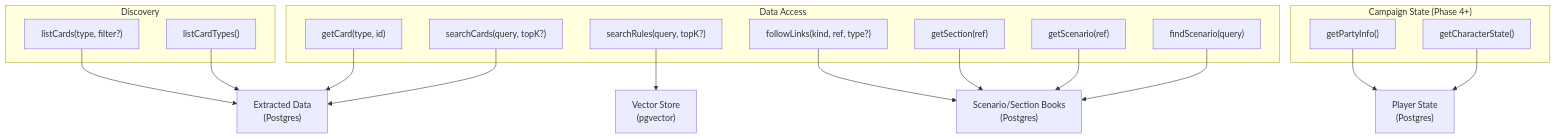
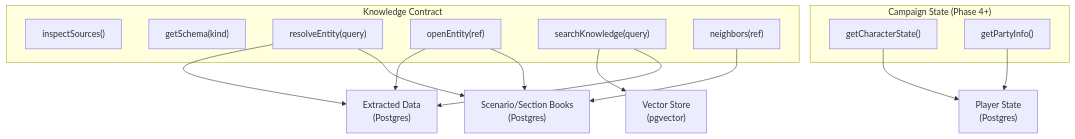
The second of 2 diagrams in docs/ARCHITECTURE.md (maz-org/squire), drawn with Mermaid before and after one commit. The commit also changed other lines of this file and 75 other files, not shown here.

````diff
--- a/docs/ARCHITECTURE.md
+++ b/docs/ARCHITECTURE.md
@@ -532,32 +513,25 @@
 ```mermaid
 graph TB
-    subgraph discovery["Discovery"]
-        lct["listCardTypes()"]
-        lc["listCards(type, filter?)"]
-    end
-    subgraph access["Data Access"]
-        gc["getCard(type, id)"]
-        sr["searchRules(query, topK?)"]
-        sc["searchCards(query, topK?)"]
-        fs["findScenario(query)"]
-        gs["getScenario(ref)"]
-        gsec["getSection(ref)"]
-        fl["followLinks(kind, ref, type?)"]
+    subgraph contract["Knowledge Contract"]
+        is["inspectSources()"]
+        sch["getSchema(kind)"]
+        re["resolveEntity(query)"]
+        oe["openEntity(ref)"]
+        sk["searchKnowledge(query)"]
+        nb["neighbors(ref)"]
     end
     subgraph campaign["Campaign State (Phase 4+)"]
         gcmp["getCharacterState()"]
         gpi["getPartyInfo()"]
     end
 
-    sr --> vs["Vector Store<br/>(pgvector)"]
-    sc --> ed["Extracted Data<br/>(Postgres)"]
-    gc --> ed
-    lct --> ed
-    lc --> ed
-    fs --> ssd["Scenario/Section Books<br/>(Postgres)"]
-    gs --> ssd
-    gsec --> ssd
-    fl --> ssd
+    sk --> vs["Vector Store<br/>(pgvector)"]
+    sk --> ed["Extracted Data<br/>(Postgres)"]
+    oe --> ed
+    oe --> ssd["Scenario/Section Books<br/>(Postgres)"]
+    re --> ed
+    re --> ssd
+    nb --> ssd
     gcmp --> ps["Player State<br/>(Postgres)"]
     gpi --> ps
 ```
````
